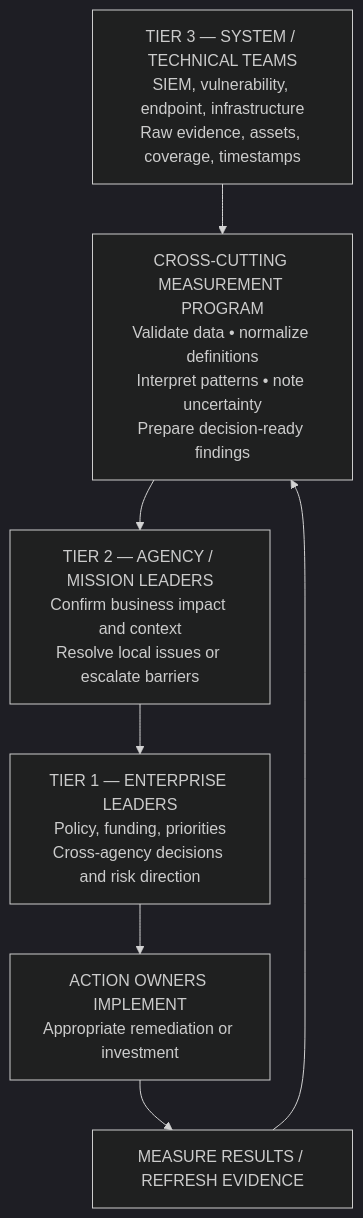
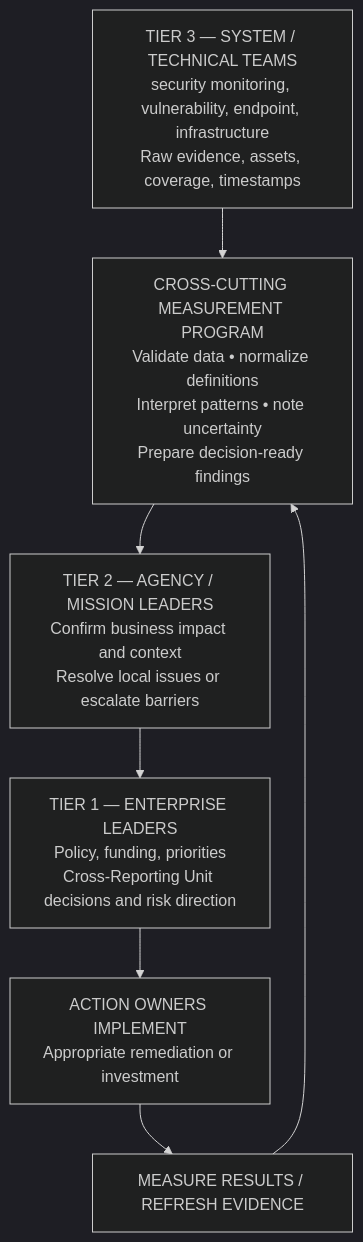
Before and after one commit to 11bztaylor/ReporttheReporter: the diagram in briefings/01-evidence-to-decision.md, drawn with Mermaid (dark theme). The commit also changed other lines of this file, not shown here.

Commit message:
Generalize terminology for cross-industry use

````diff
--- a/briefings/01-evidence-to-decision.md
+++ b/briefings/01-evidence-to-decision.md
@@ -3,9 +3,9 @@
 ```mermaid
 flowchart TD
- T["TIER 3 — SYSTEM / TECHNICAL TEAMS<br/>SIEM, vulnerability, endpoint, infrastructure<br/>Raw evidence, assets, coverage, timestamps"] --> P["CROSS-CUTTING MEASUREMENT PROGRAM<br/>Validate data • normalize definitions<br/>Interpret patterns • note uncertainty<br/>Prepare decision-ready findings"]
+ T["TIER 3 — SYSTEM / TECHNICAL TEAMS<br/>security monitoring, vulnerability, endpoint, infrastructure<br/>Raw evidence, assets, coverage, timestamps"] --> P["CROSS-CUTTING MEASUREMENT PROGRAM<br/>Validate data • normalize definitions<br/>Interpret patterns • note uncertainty<br/>Prepare decision-ready findings"]
  P --> A["TIER 2 — AGENCY / MISSION LEADERS<br/>Confirm business impact and context<br/>Resolve local issues or escalate barriers"]
- A --> E["TIER 1 — ENTERPRISE LEADERS<br/>Policy, funding, priorities<br/>Cross-agency decisions and risk direction"]
+ A --> E["TIER 1 — ENTERPRISE LEADERS<br/>Policy, funding, priorities<br/>Cross-Reporting Unit decisions and risk direction"]
  E --> O["ACTION OWNERS IMPLEMENT<br/>Appropriate remediation or investment"]
  O --> R["MEASURE RESULTS / REFRESH EVIDENCE"]
  R --> P
 ```
````
